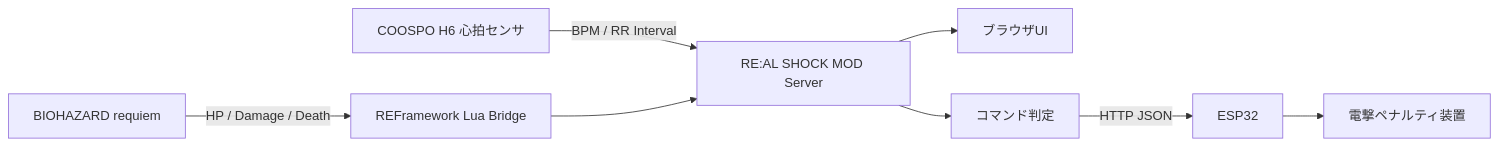
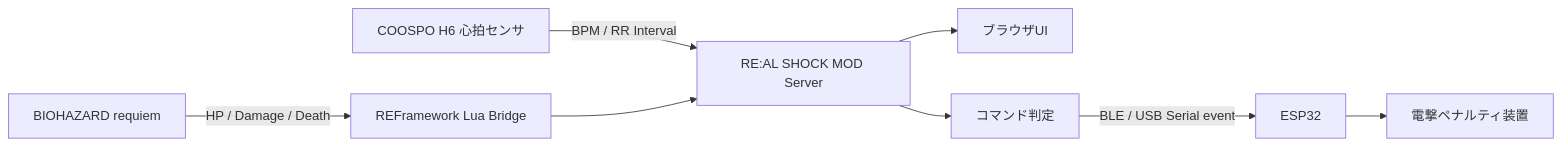
The diagram in README.md (Saisei2004/real-shock-mod), drawn with Mermaid before and after one commit. The commit also changed other lines of this file and 8 other files, not shown here.

````diff
--- a/README.md
+++ b/README.md
@@ -69,10 +69,10 @@
 ```mermaid
 flowchart LR
     A["BIOHAZARD requiem"] -->|"HP / Damage / Death"| B["REFramework Lua Bridge"]
     C["COOSPO H6 心拍センサ"] -->|"BPM / RR Interval"| D["RE:AL SHOCK MOD Server"]
     B --> D
     D --> E["ブラウザUI"]
     D --> F["コマンド判定"]
-    F -->|"HTTP JSON"| G["ESP32"]
+    F -->|"BLE / USB Serial event"| G["ESP32"]
     G --> H["電撃ペナルティ装置"]
 ```
````
